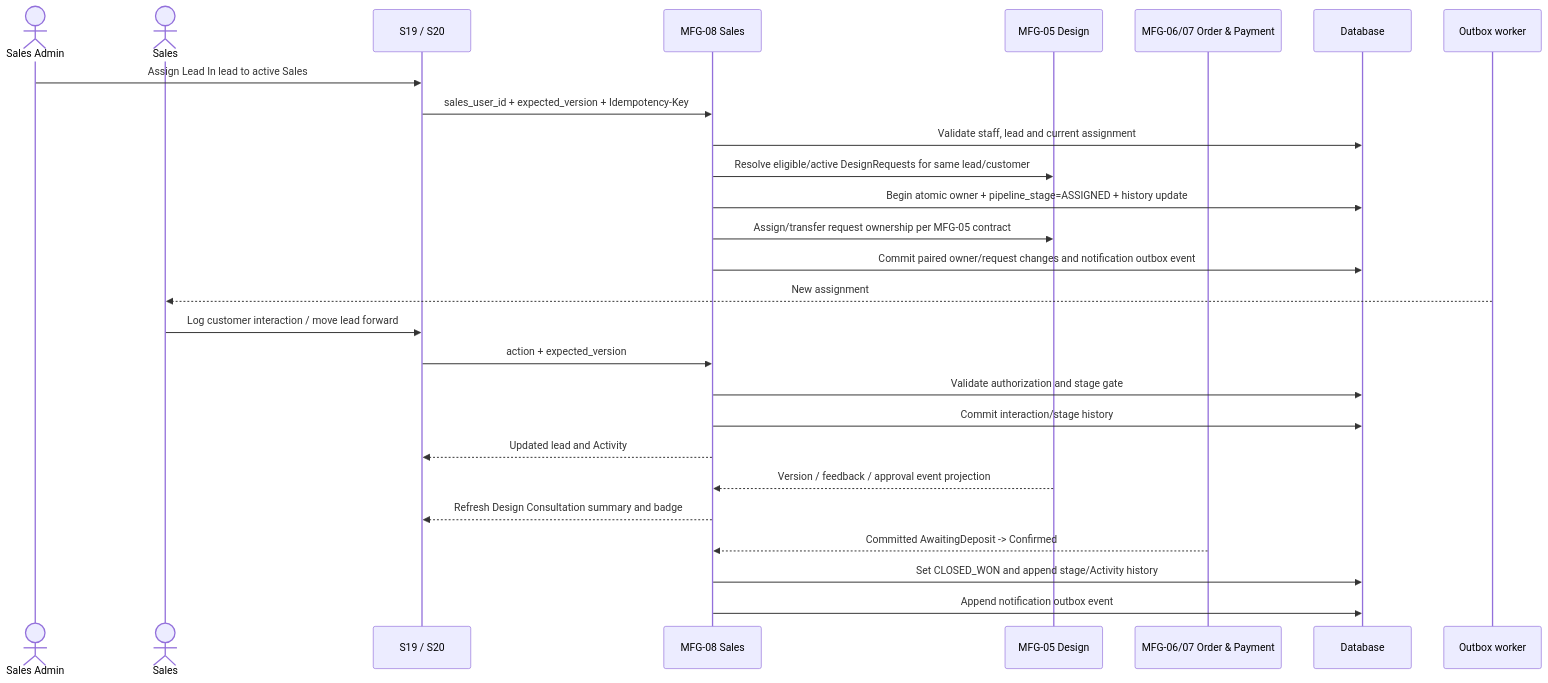
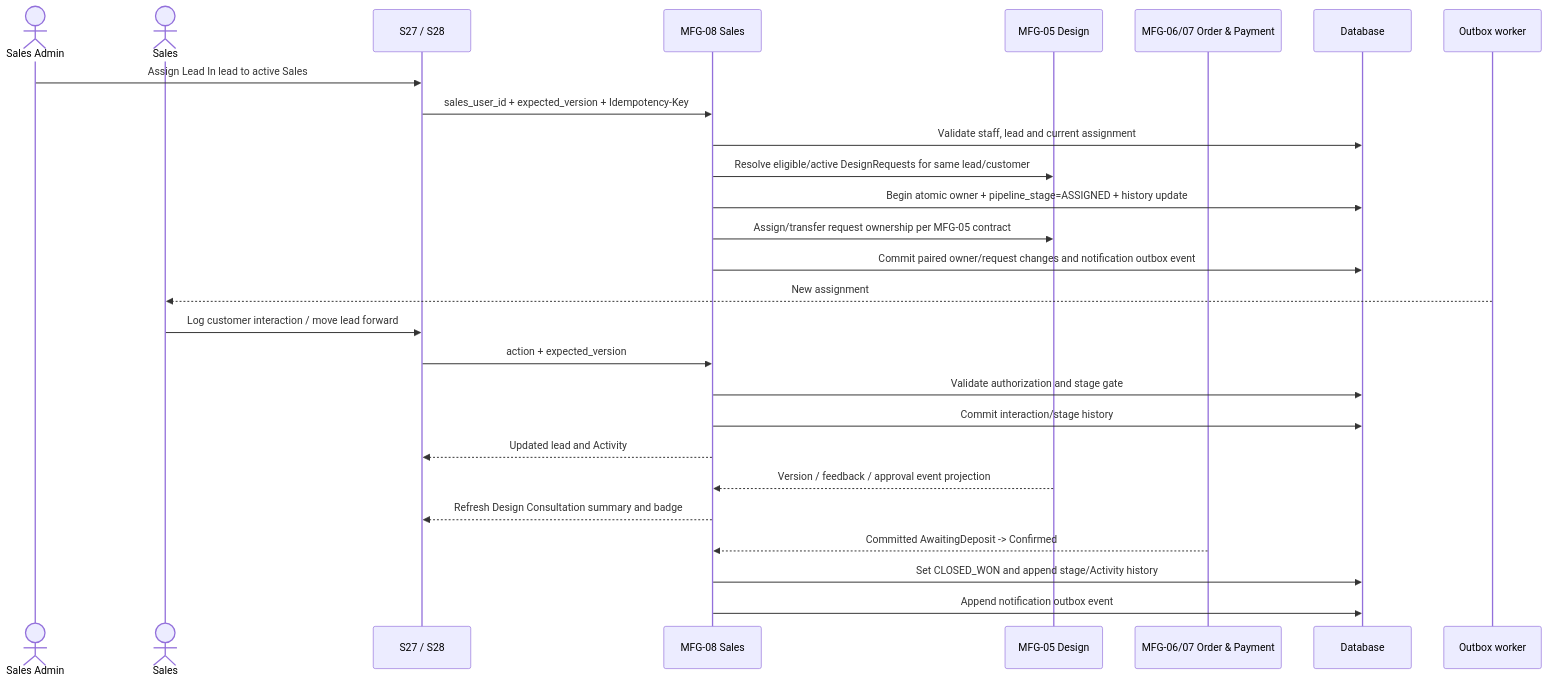
Diagram 13 of 18 in docs/spec/docs/architecture/sequence.md (ankhanhwork/weavelink-project), drawn with Mermaid before and after one commit. The commit also changed other lines of this file and 235 other files, not shown here.

````diff
--- a/docs/spec/docs/architecture/sequence.md
+++ b/docs/spec/docs/architecture/sequence.md
@@ -347,33 +353,33 @@
 ```mermaid
 sequenceDiagram
     actor Admin as Sales Admin
     actor Sales as Sales
-    participant PipelineUI as S19 / S20
+    participant PipelineUI as S27 / S28
     participant SalesModule as MFG-08 Sales
     participant DesignModule as MFG-05 Design
     participant OrderModule as MFG-06/07 Order & Payment
     participant Database as Database
     participant OutboxWorker as Outbox worker
 
     Admin->>PipelineUI: Assign Lead In lead to active Sales
     PipelineUI->>SalesModule: sales_user_id + expected_version + Idempotency-Key
     SalesModule->>Database: Validate staff, lead and current assignment
     SalesModule->>DesignModule: Resolve eligible/active DesignRequests for same lead/customer
     SalesModule->>Database: Begin atomic owner + pipeline_stage=ASSIGNED + history update
     SalesModule->>DesignModule: Assign/transfer request ownership per MFG-05 contract
     SalesModule->>Database: Commit paired owner/request changes and notification outbox event
     OutboxWorker-->>Sales: New assignment
 
     Sales->>PipelineUI: Log customer interaction / move lead forward
     PipelineUI->>SalesModule: action + expected_version
     SalesModule->>Database: Validate authorization and stage gate
     SalesModule->>Database: Commit interaction/stage history
     SalesModule-->>PipelineUI: Updated lead and Activity
 
     DesignModule-->>SalesModule: Version / feedback / approval event projection
     SalesModule-->>PipelineUI: Refresh Design Consultation summary and badge
 
     OrderModule-->>SalesModule: Committed AwaitingDeposit -> Confirmed
     SalesModule->>Database: Set CLOSED_WON and append stage/Activity history
     SalesModule->>Database: Append notification outbox event
 ```
````
